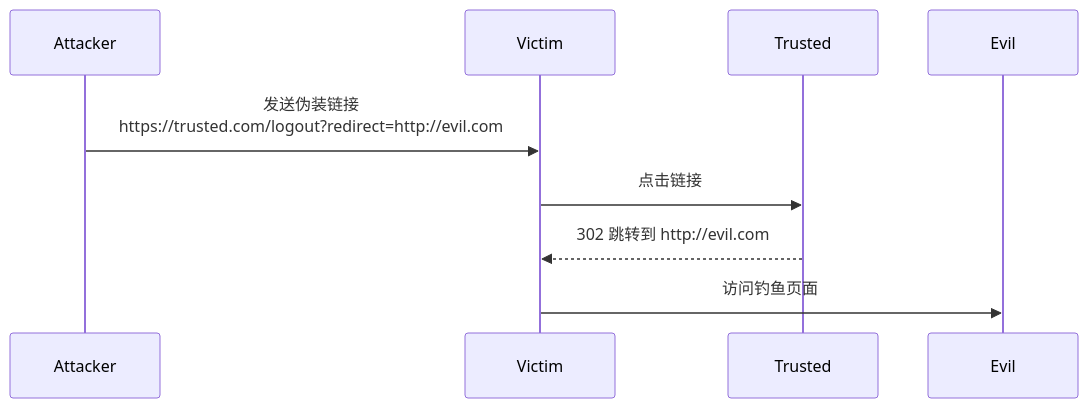
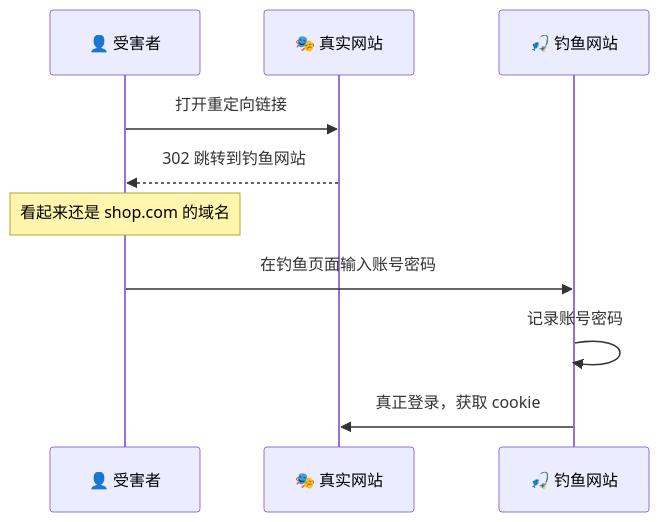
Before and after one commit to zhangshichuan/maxzhang.site: the seventh of 14 diagrams in articles/zh/nodejs-security-guide.mdx, drawn with Mermaid. The commit also changed other lines of this file and 1 other file, not shown here.

````diff
--- a/articles/zh/nodejs-security-guide.mdx
+++ b/articles/zh/nodejs-security-guide.mdx
@@ -210,7 +780,13 @@
 ```mermaid
 sequenceDiagram
-    Attacker->>Victim: 发送伪装链接<br>https://trusted.com/logout?redirect=http://evil.com
-    Victim->>Trusted: 点击链接
-    Trusted-->>Victim: 302 跳转到 http://evil.com
-    Victim->>Evil: 访问钓鱼页面
+    participant Victim as 👤 受害者
+    participant Real as 🎭 真实网站
+    participant Phishing as 🎣 钓鱼网站
+
+    Victim->>Real: 打开重定向链接
+    Real-->>Victim: 302 跳转到钓鱼网站
+    Note over Victim: 看起来还是 shop.com 的域名
+    Victim->>Phishing: 在钓鱼页面输入账号密码
+    Phishing->>Phishing: 记录账号密码
+    Phishing->>Real: 真正登录，获取 cookie
 ```
````
